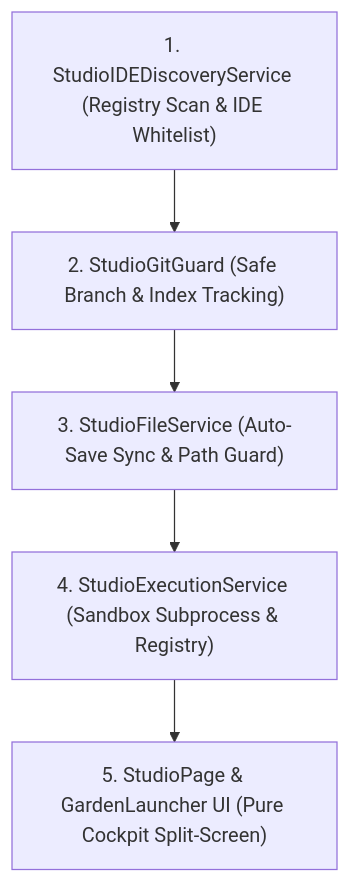
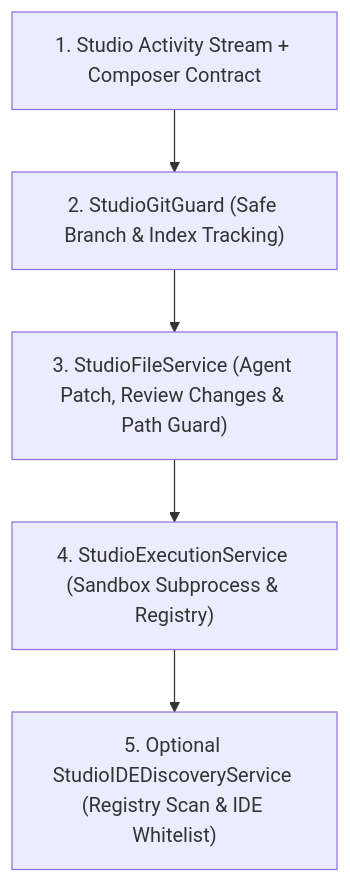
The diagram in docs/mia_studio/mia_studio_execution_contract.md (sumarlinwork-hash/Mia), drawn with Mermaid before and after one commit. The commit also changed other lines of this file and 20 other files, not shown here.

````diff
--- a/docs/mia_studio/mia_studio_execution_contract.md
+++ b/docs/mia_studio/mia_studio_execution_contract.md
@@ -56,7 +59,7 @@
 ```mermaid
 graph TD
-    A["1. StudioIDEDiscoveryService (Registry Scan & IDE Whitelist)"] --> B["2. StudioGitGuard (Safe Branch & Index Tracking)"]
-    B --> C["3. StudioFileService (Auto-Save Sync & Path Guard)"]
+    A["1. Studio Activity Stream + Composer Contract"] --> B["2. StudioGitGuard (Safe Branch & Index Tracking)"]
+    B --> C["3. StudioFileService (Agent Patch, Review Changes & Path Guard)"]
     C --> D["4. StudioExecutionService (Sandbox Subprocess & Registry)"]
-    D --> E["5. StudioPage & GardenLauncher UI (Pure Cockpit Split-Screen)"]
+    D --> E["5. Optional StudioIDEDiscoveryService (Registry Scan & IDE Whitelist)"]
 ```
````
